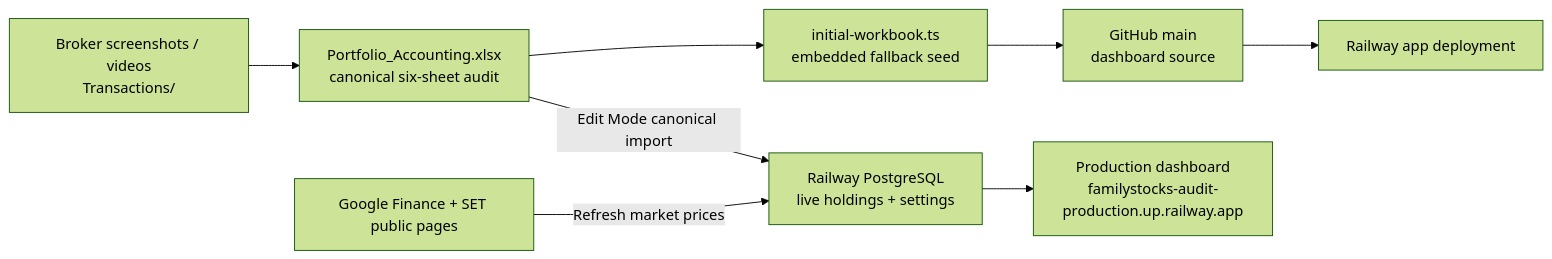
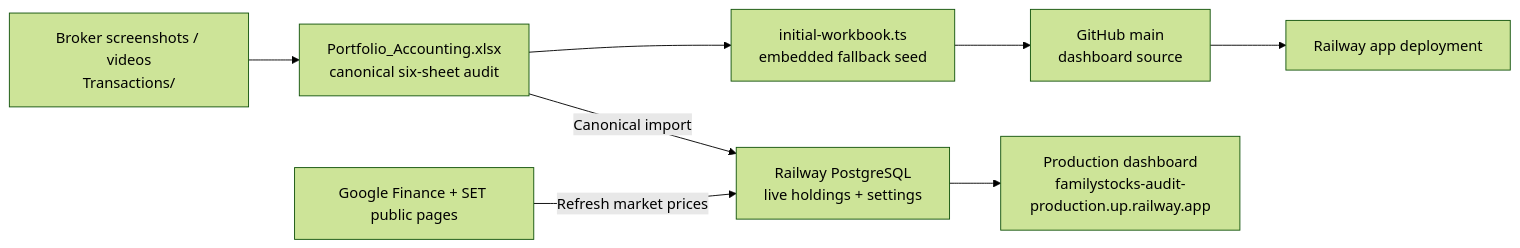
The diagram in docs/PROJECT_OPERATIONS.md (FantasticRattee/FamilyStocks-Audit), drawn with Mermaid (forest theme) before and after one commit. The commit also changed other lines of this file and 14 other files, not shown here.

````diff
--- a/docs/PROJECT_OPERATIONS.md
+++ b/docs/PROJECT_OPERATIONS.md
@@ -24,10 +24,10 @@
 ```mermaid
 flowchart LR
     E[Broker screenshots / videos\nTransactions/] --> X[Portfolio_Accounting.xlsx\ncanonical six-sheet audit]
     X --> S[initial-workbook.ts\nembedded fallback seed]
     S --> G[GitHub main\ndashboard source]
     G --> R[Railway app deployment]
-    X -->|Edit Mode canonical import| P[Railway PostgreSQL\nlive holdings + settings]
+    X -->|Canonical import| P[Railway PostgreSQL\nlive holdings + settings]
     Q[Google Finance + SET public pages] -->|Refresh market prices| P
     P --> W[Production dashboard\nfamilystocks-audit-production.up.railway.app]
 ```
````
